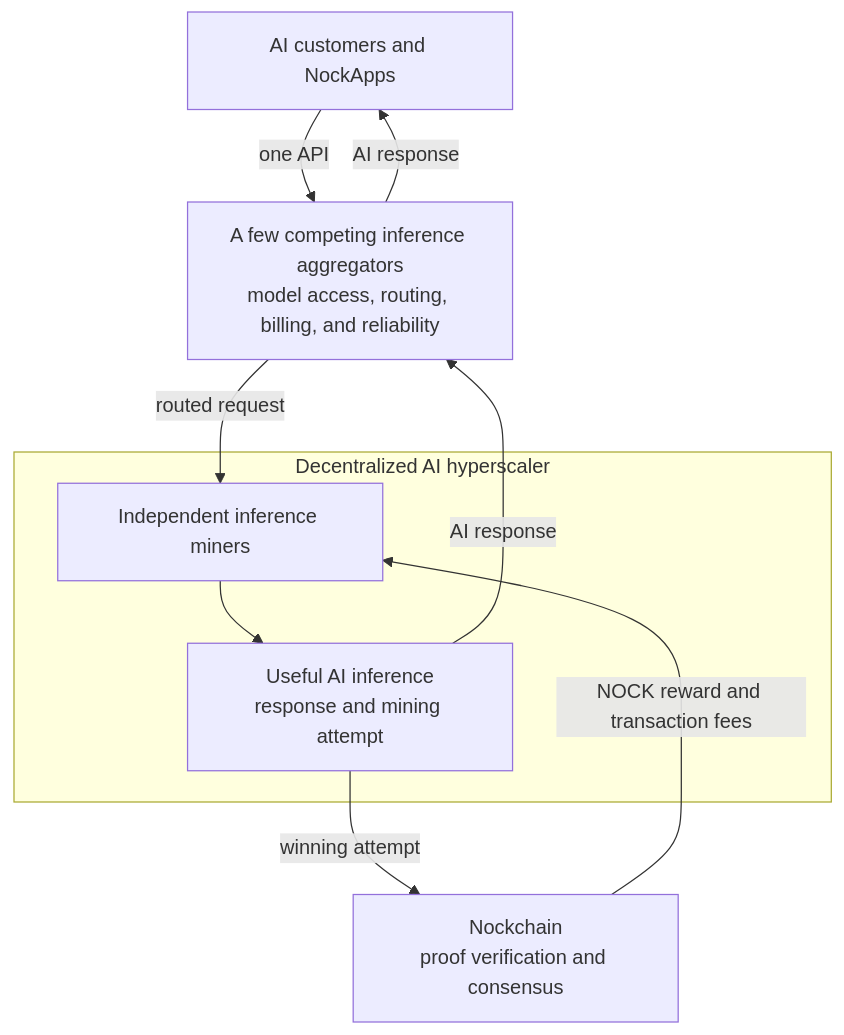
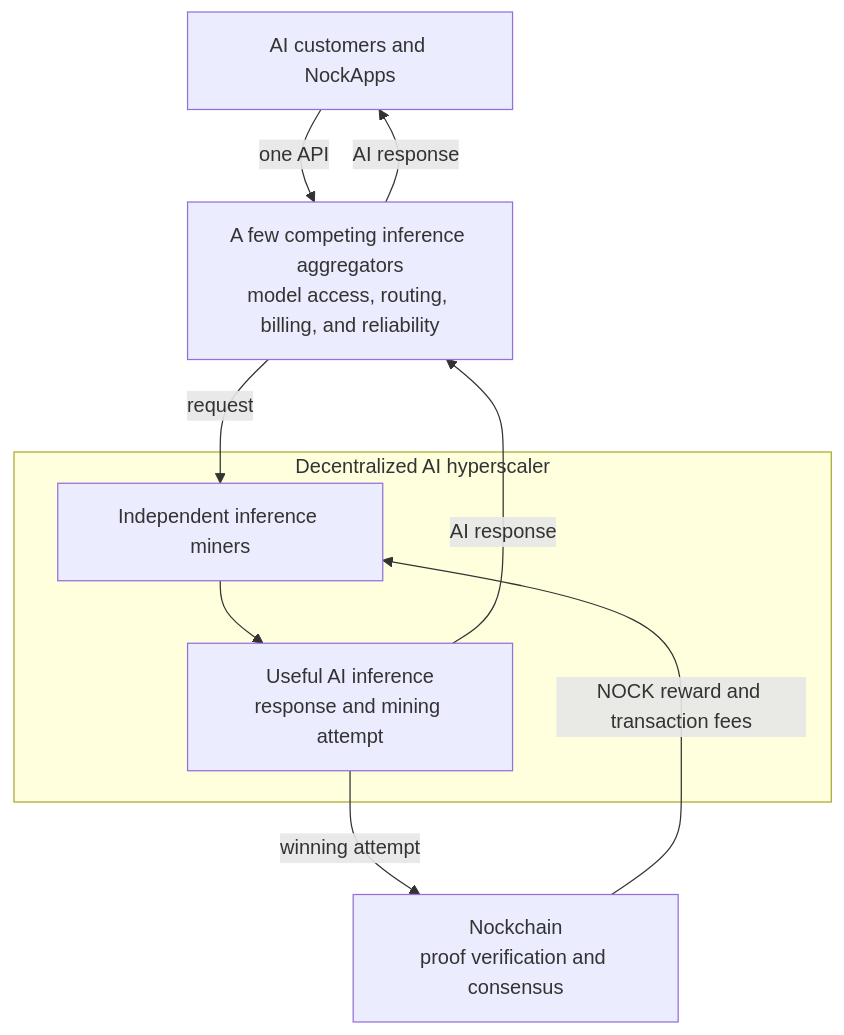
One commit to nockchain/nockchain changed the diagram in ai-compute-network-eli5.md. Above: the diagram before and after it, drawn with Mermaid. The commit also changed other lines of this file, not shown here.

````diff
--- a/ai-compute-network-eli5.md
+++ b/ai-compute-network-eli5.md
@@ -117,14 +117,14 @@
 ```mermaid
 flowchart TB
   C["AI customers and NockApps"] -->|"one API"| A["A few competing inference aggregators<br/>model access, routing, billing, and reliability"]
 
   subgraph H["Decentralized AI hyperscaler"]
     P["Independent inference miners"] --> G["Useful AI inference<br/>response and mining attempt"]
   end
 
-  A -->|"routed request"| P
+  A -->|"request"| P
   G -->|"AI response"| A
   A -->|"AI response"| C
   G -->|"winning attempt"| N["Nockchain<br/>proof verification and consensus"]
   N -->|"NOCK reward and transaction fees"| P
 ```
````
